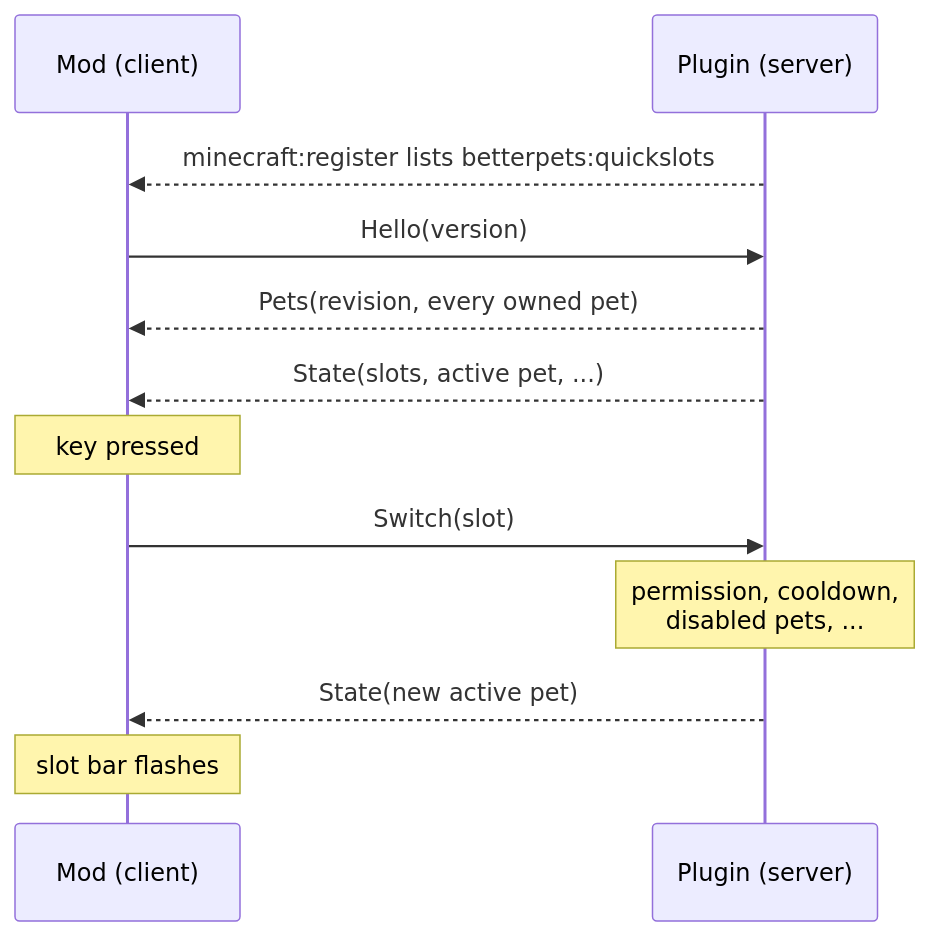
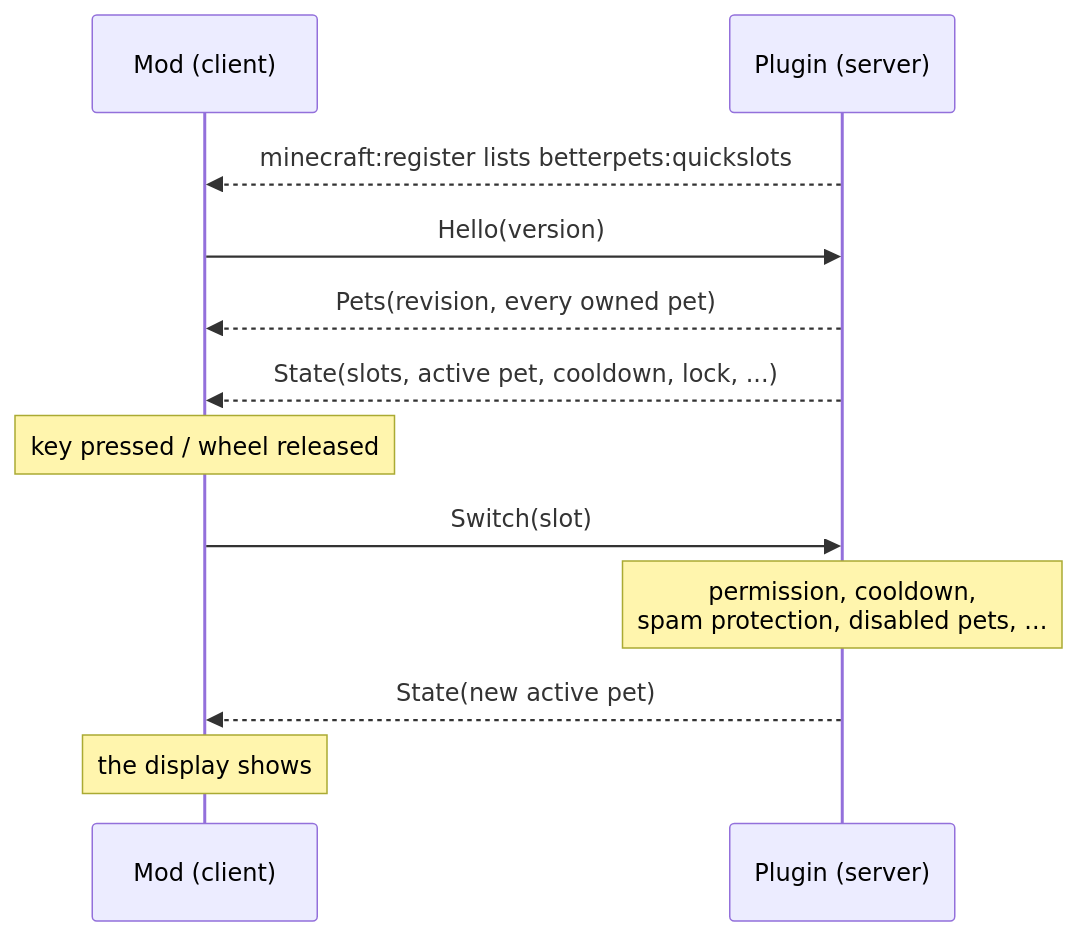
The diagram in TECHNICAL.md (yourShika/betterpets-quickslots), drawn with Mermaid before and after one commit. The commit also changed other lines of this file and 120 other files, not shown here.

````diff
--- a/TECHNICAL.md
+++ b/TECHNICAL.md
@@ -12,14 +12,14 @@
 ```mermaid
 sequenceDiagram
     participant M as Mod (client)
     participant P as Plugin (server)
     P-->>M: minecraft:register lists betterpets:quickslots
     M->>P: Hello(version)
     P-->>M: Pets(revision, every owned pet)
-    P-->>M: State(slots, active pet, ...)
-    Note over M: key pressed
+    P-->>M: State(slots, active pet, cooldown, lock, ...)
+    Note over M: key pressed / wheel released
     M->>P: Switch(slot)
-    Note over P: permission, cooldown,<br/>disabled pets, ...
+    Note over P: permission, cooldown,<br/>spam protection, disabled pets, ...
     P-->>M: State(new active pet)
-    Note over M: slot bar flashes
+    Note over M: the display shows
 ```
````
